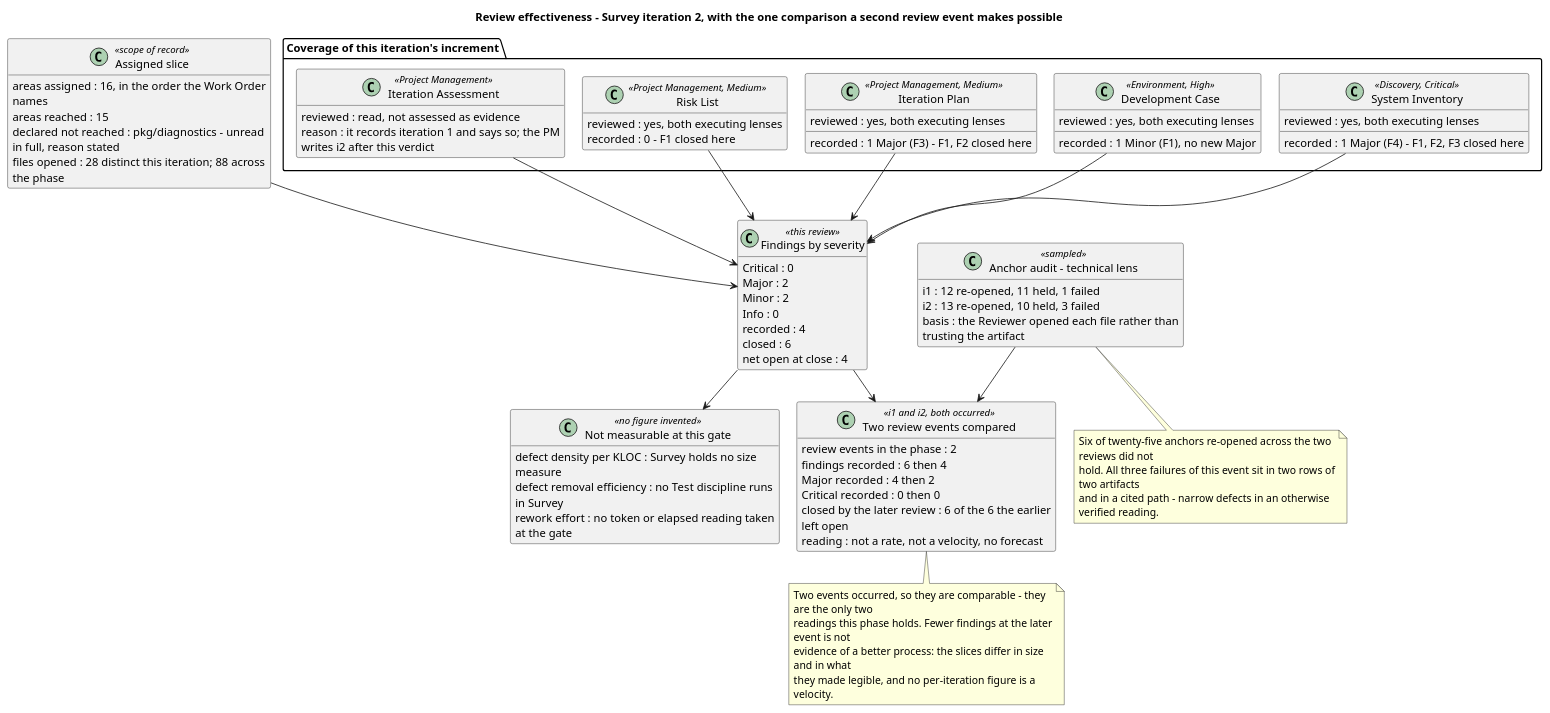
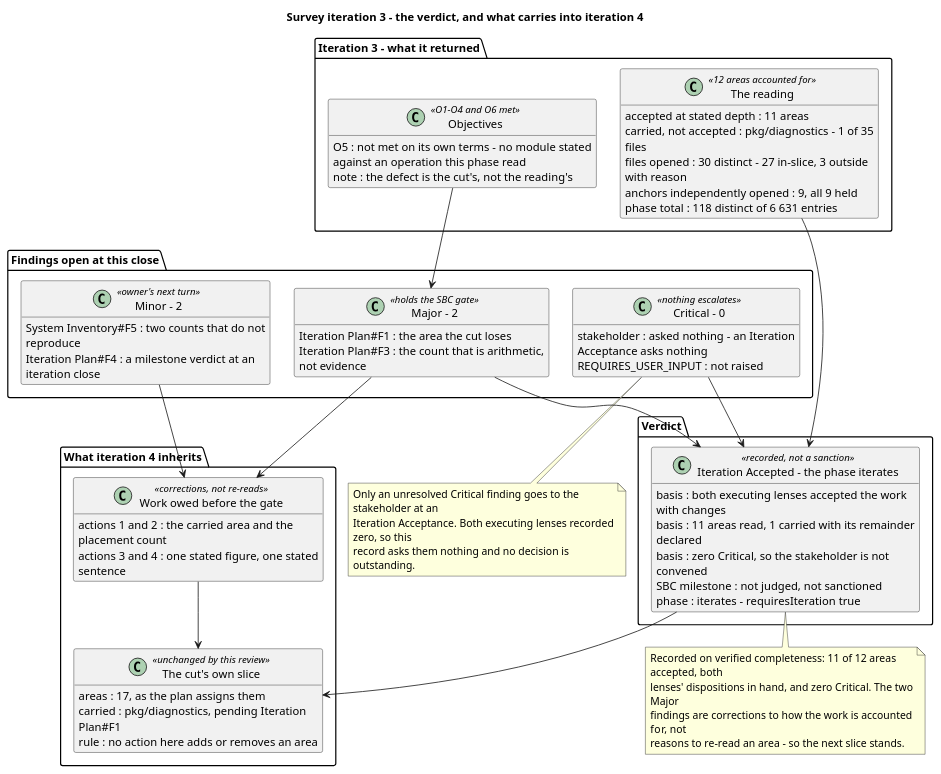
Before and after one commit to banense-test/dapr: diagram 13 of 14 in docs/artifacts/project-management/review-record.md, drawn with PlantUML. The commit also changed other lines of this file, not shown here.

Commit message:
Review Coordinator [Survey3]: upsert Review Record
[skip ci]

````diff
--- a/docs/artifacts/project-management/review-record.md
+++ b/docs/artifacts/project-management/review-record.md
@@ -1293,93 +1281,83 @@
 ```plantuml
 @startuml
-title Review effectiveness - Survey iteration 2, with the one comparison a second review event makes possible
+title Survey iteration 3 - the verdict, and what carries into iteration 4
 hide empty members
 skinparam classAttributeIconSize 0
 skinparam wrapWidth 330
-skinparam ranksep 40
-skinparam nodesep 22
+skinparam nodesep 30
+skinparam ranksep 44
 
-package "Coverage of this iteration's increment" {
-  class "System Inventory" as SI <<Discovery, Critical>> {
-    reviewed : yes, both executing lenses
-    recorded : 1 Major (F4) - F1, F2, F3 closed here
+package "Iteration 3 - what it returned" {
+  class "The reading" as READ <<12 areas accounted for>> {
+    accepted at stated depth : 11 areas
+    carried, not accepted : pkg/diagnostics - 1 of 35 files
+    files opened : 30 distinct - 27 in-slice, 3 outside with reason
+    anchors independently opened : 9, all 9 held
+    phase total : 118 distinct of 6 631 entries
   }
-  class "Development Case" as DC <<Environment, High>> {
-    reviewed : yes, both executing lenses
-    recorded : 1 Minor (F1), no new Major
-  }
-  class "Iteration Plan" as IP <<Project Management, Medium>> {
-    reviewed : yes, both executing lenses
-    recorded : 1 Major (F3) - F1, F2 closed here
-  }
-  class "Risk List" as RL <<Project Management, Medium>> {
-    reviewed : yes, both executing lenses
-    recorded : 0 - F1 closed here
-  }
-  class "Iteration Assessment" as IA <<Project Management>> {
-    reviewed : read, not assessed as evidence
-    reason : it records iteration 1 and says so; the PM writes i2 after this verdict
+  class "Objectives" as OBJ <<O1-O4 and O6 met>> {
+    O5 : not met on its own terms - no module stated
+         against an operation this phase read
+    note : the defect is the cut's, not the reading's
   }
 }
 
-class "Assigned slice" as SLICE <<scope of record>> {
-  areas assigned : 16, in the order the Work Order names
-  areas reached : 15
-  declared not reached : pkg/diagnostics - unread in full, reason stated
-  files opened : 28 distinct this iteration; 88 across the phase
+package "Findings open at this close" {
+  class "Major - 2" as MAJ <<holds the SBC gate>> {
+    Iteration Plan#F1 : the area the cut loses
+    Iteration Plan#F3 : the count that is arithmetic, not evidence
+  }
+  class "Minor - 2" as MIN <<owner's next turn>> {
+    System Inventory#F5 : two counts that do not reproduce
+    Iteration Plan#F4 : a milestone verdict at an iteration close
+  }
+  class "Critical - 0" as CRIT <<nothing escalates>> {
+    stakeholder : asked nothing - an Iteration Acceptance asks nothing
+    REQUIRES_USER_INPUT : not raised
+  }
 }
 
-class "Findings by severity" as SEV <<this review>> {
-  Critical : 0
-  Major : 2
-  Minor : 2
-  Info : 0
-  recorded : 4
-  closed : 6
-  net open at close : 4
+package "Verdict" {
+  class "Iteration Accepted - the phase iterates" as VERD <<recorded, not a sanction>> {
+    basis : both executing lenses accepted the work with changes
+    basis : 11 areas read, 1 carried with its remainder declared
+    basis : zero Critical, so the stakeholder is not convened
+    SBC milestone : not judged, not sanctioned
+    phase : iterates - requiresIteration true
+  }
 }
 
-class "Two review events compared" as TREND <<i1 and i2, both occurred>> {
-  review events in the phase : 2
-  findings recorded : 6 then 4
-  Major recorded : 4 then 2
-  Critical recorded : 0 then 0
-  closed by the later review : 6 of the 6 the earlier left open
-  reading : not a rate, not a velocity, no forecast
+package "What iteration 4 inherits" {
+  class "The cut's own slice" as NEXT <<unchanged by this review>> {
+    areas : 17, as the plan assigns them
+    carried : pkg/diagnostics, pending Iteration Plan#F1
+    rule : no action here adds or removes an area
+  }
+  class "Work owed before the gate" as WORK <<corrections, not re-reads>> {
+    actions 1 and 2 : the carried area and the placement count
+    actions 3 and 4 : one stated figure, one stated sentence
+  }
 }
 
-class "Anchor audit - technical lens" as AUDIT <<sampled>> {
-  i1 : 12 re-opened, 11 held, 1 failed
-  i2 : 13 re-opened, 10 held, 3 failed
-  basis : the Reviewer opened each file rather than trusting the artifact
-}
+READ --> VERD
+OBJ --> MAJ
+MAJ --> VERD
+MAJ --> WORK
+MIN --> WORK
+CRIT --> VERD
+VERD --> NEXT
+WORK --> NEXT
 
-class "Not measurable at this gate" as NM <<no figure invented>> {
-  defect density per KLOC : Survey holds no size measure
-  defect removal efficiency : no Test discipline runs in Survey
-  rework effort : no token or elapsed reading taken at the gate
-}
-
-SLICE --> SEV
-SI --> SEV
-DC --> SEV
-IP --> SEV
-RL --> SEV
-IA --> SEV
-SEV --> TREND
-AUDIT --> TREND
-SEV --> NM
-
-note bottom of TREND
-  Two events occurred, so they are comparable - they are the only two
-  readings this phase holds. Fewer findings at the later event is not
-  evidence of a better process: the slices differ in size and in what
-  they made legible, and no per-iteration figure is a velocity.
+note bottom of CRIT
+  Only an unresolved Critical finding goes to the stakeholder at an
+  Iteration Acceptance. Both executing lenses recorded zero, so this
+  record asks them nothing and no decision is outstanding.
 end note
-note bottom of AUDIT
-  Six of twenty-five anchors re-opened across the two reviews did not
-  hold. All three failures of this event sit in two rows of two artifacts
-  and in a cited path - narrow defects in an otherwise verified reading.
+note bottom of VERD
+  Recorded on verified completeness: 11 of 12 areas accepted, both
+  lenses' dispositions in hand, and zero Critical. The two Major
+  findings are corrections to how the work is accounted for, not
+  reasons to re-read an area - so the next slice stands.
 end note
 @enduml
 ```
````
